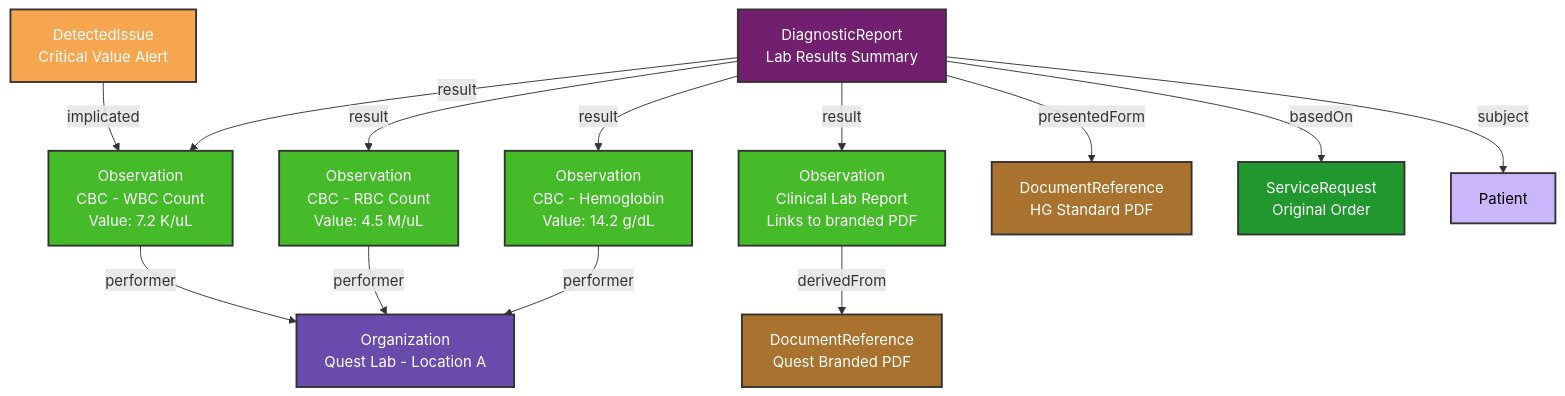
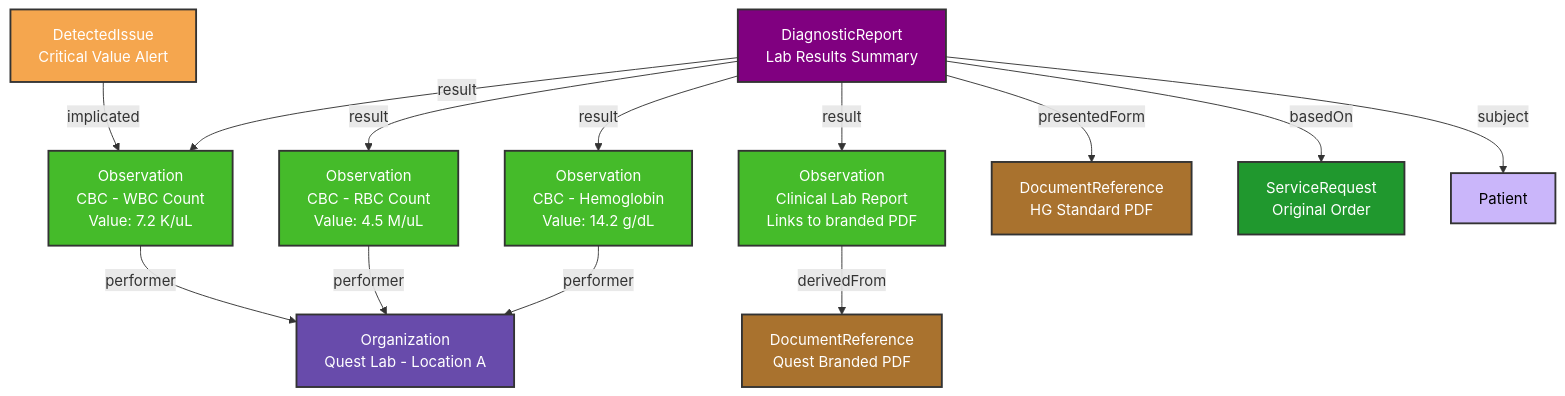
One commit to medplum/medplum changed the diagram in packages/docs/docs/integration/health-gorilla/receiving-results.md. Above: the diagram before and after it, drawn with Mermaid. The commit also changed 39 other files, not shown here.

````diff
--- a/packages/docs/docs/integration/health-gorilla/receiving-results.md
+++ b/packages/docs/docs/integration/health-gorilla/receiving-results.md
@@ -29,36 +29,36 @@
 ```mermaid
 graph TD
     DR[DiagnosticReport<br/>Lab Results Summary] -->|result| Obs1[Observation<br/>CBC - WBC Count<br/>Value: 7.2 K/uL]
     DR -->|result| Obs2[Observation<br/>CBC - RBC Count<br/>Value: 4.5 M/uL]
     DR -->|result| Obs3[Observation<br/>CBC - Hemoglobin<br/>Value: 14.2 g/dL]
     DR -->|result| CLR[Observation<br/>Clinical Lab Report<br/>Links to branded PDF]
 
     DR -->|presentedForm| PDF1[DocumentReference<br/>HG Standard PDF]
     CLR -->|derivedFrom| PDF2[DocumentReference<br/>Quest Branded PDF]
 
     DR -->|basedOn| SR[ServiceRequest<br/>Original Order]
 
     Obs1 -->|performer| Lab1[Organization<br/>Quest Lab - Location A]
     Obs2 -->|performer| Lab1
     Obs3 -->|performer| Lab1
 
     DR -->|subject| Patient[Patient]
 
     DI[DetectedIssue<br/>Critical Value Alert] -->|implicated| Obs1
 
-    classDef report fill:#721f6f,stroke:#333,stroke-width:2px,color:#fff
+    classDef report fill:#800080,stroke:#333,stroke-width:2px,color:#fff
     classDef observation fill:#45bb2a,stroke:#333,stroke-width:2px,color:#fff
     classDef document fill:#a9722e,stroke:#333,stroke-width:2px,color:#fff
     classDef organization fill:#684bab,stroke:#333,stroke-width:2px,color:#fff
     classDef issue fill:#f5a64e,stroke:#333,stroke-width:2px,color:#fff
     classDef patient fill:#cab6fa,stroke:#333,stroke-width:2px,color:#000
     classDef serviceRequest fill:#20982e,stroke:#333,stroke-width:2px,color:#fff
 
     class DR report
     class Obs1,Obs2,Obs3,CLR observation
     class PDF1,PDF2 document
     class Lab1 organization
     class DI issue
     class Patient patient
     class SR serviceRequest
 ```
````
